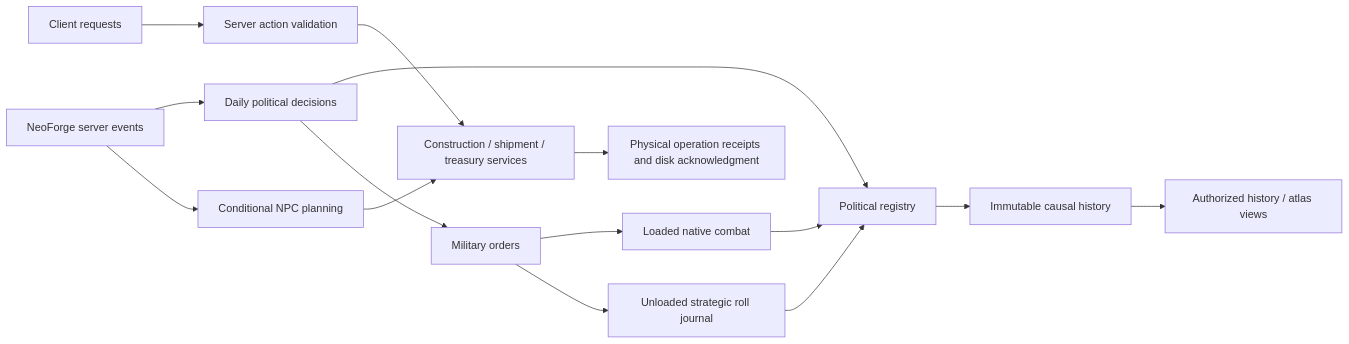
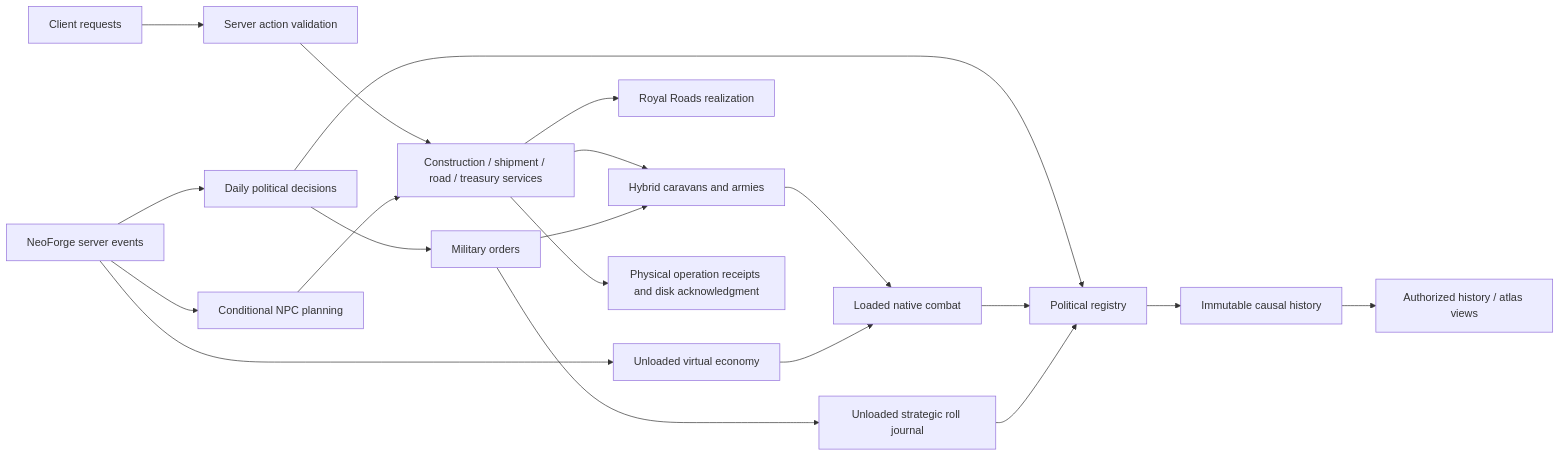
The diagram in docs/ARCHITECTURE.md (Sarikli/millenairekingdoms), drawn with Mermaid before and after one commit. The commit also changed other lines of this file and 109 other files, not shown here.

Commit message:
Release 1.2.4: Royal Roads, hybrid marches, banditry, virtual economy

````diff
--- a/docs/ARCHITECTURE.md
+++ b/docs/ARCHITECTURE.md
@@ -21,17 +24,22 @@
 ```mermaid
 flowchart LR
   UI[Client requests] --> Actions[Server action validation]
   Tick[NeoForge server events] --> Politics[Daily political decisions]
   Tick --> NPC[Conditional NPC planning]
-  Actions --> Domain[Construction / shipment / treasury services]
+  Tick --> Virtual[Unloaded virtual economy]
+  Actions --> Domain[Construction / shipment / road / treasury services]
   NPC --> Domain
   Politics --> Registry[Political registry]
   Politics --> Orders[Military orders]
-  Orders --> Native[Loaded native combat]
+  Domain --> Roads[Royal Roads realization]
+  Domain --> Marches[Hybrid caravans and armies]
+  Orders --> Marches
+  Marches --> Native[Loaded native combat]
   Orders --> Strategic[Unloaded strategic roll journal]
+  Virtual --> Native
   Native --> Registry
   Strategic --> Registry
   Domain --> Receipts[Physical operation receipts and disk acknowledgment]
   Registry --> History[Immutable causal history]
   History --> Views[Authorized history / atlas views]
 ```
````
